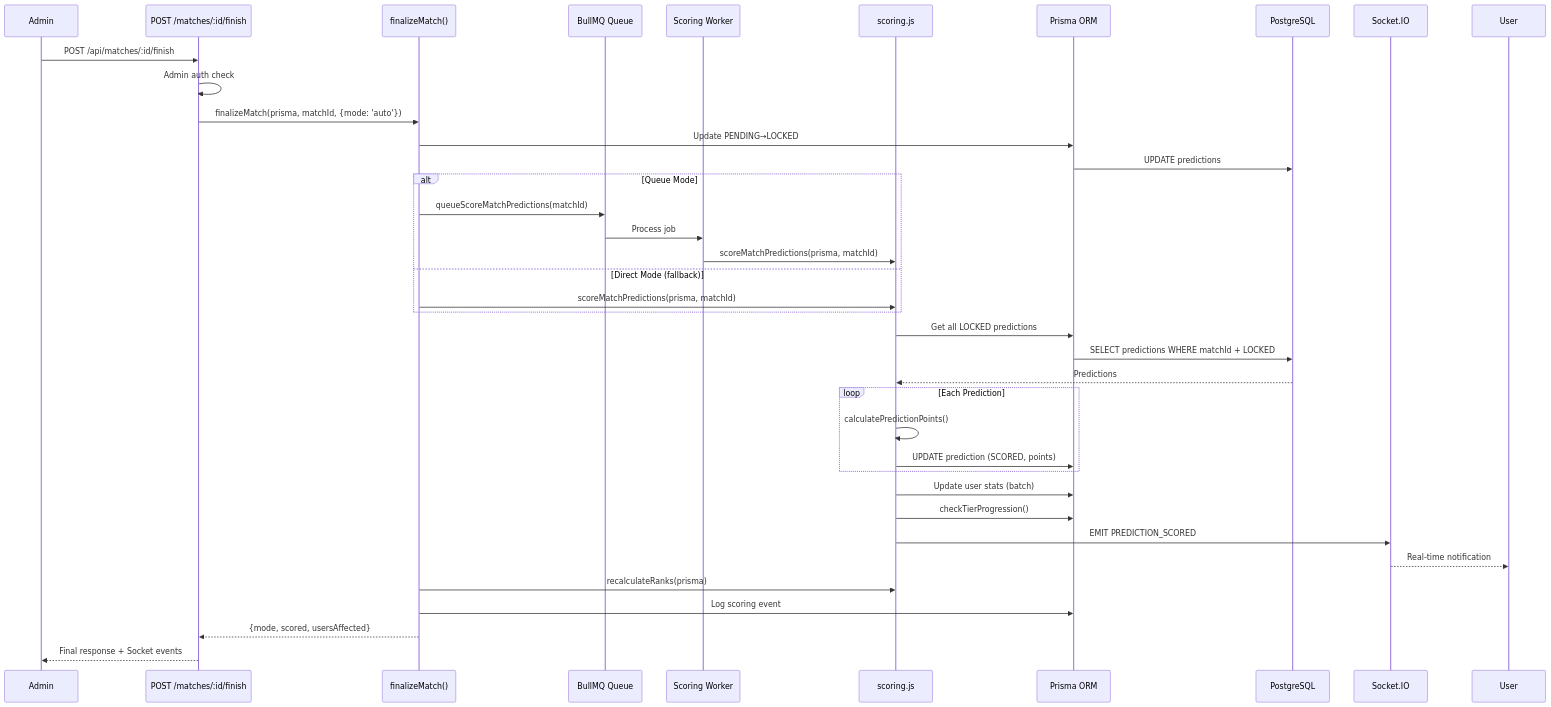
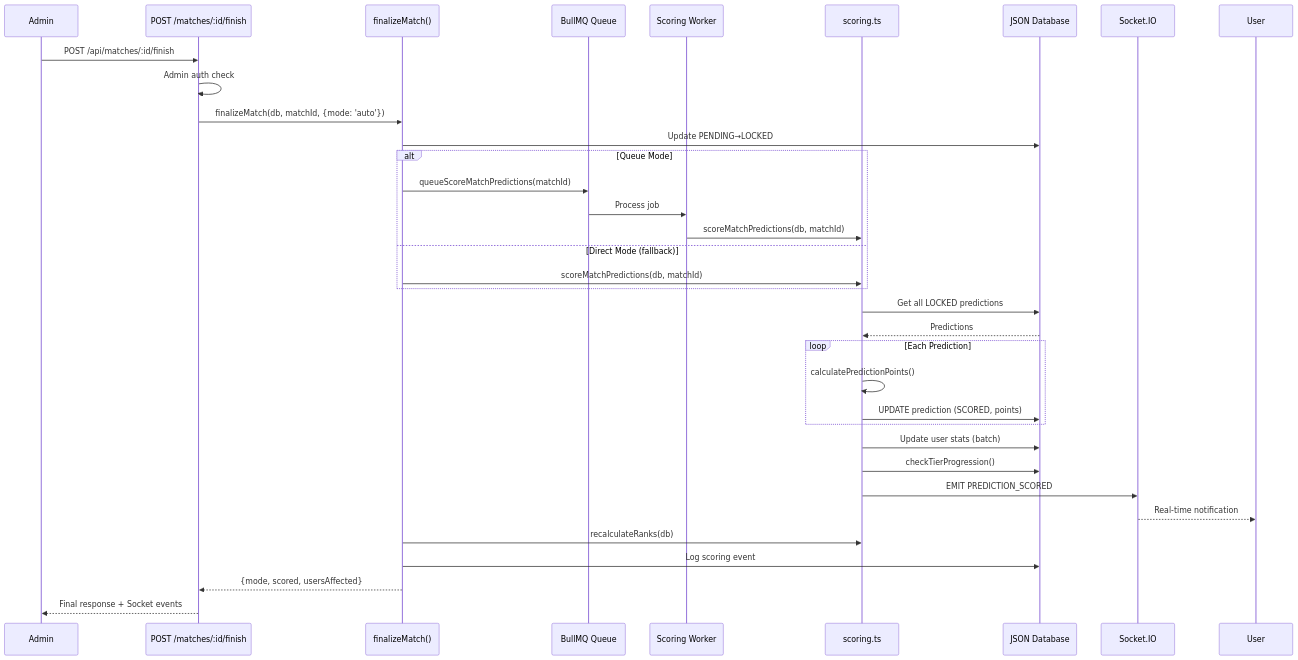
The fifth of 8 diagrams in PROJECT_OVERVIEW.md (themanoj-025/Match-Mind), drawn with Mermaid before and after one commit. The commit also changed other lines of this file and 52 other files, not shown here.

````diff
--- a/PROJECT_OVERVIEW.md
+++ b/PROJECT_OVERVIEW.md
@@ -974,48 +973,45 @@
 ```mermaid
 sequenceDiagram
     participant Admin as Admin
     participant MatchRoute as POST /matches/:id/finish
     participant Workflow as finalizeMatch()
     participant Queue as BullMQ Queue
     participant Worker as Scoring Worker
-    participant Scoring as scoring.js
-    participant Prisma as Prisma ORM
-    participant DB as PostgreSQL
+    participant Scoring as scoring.ts
+    participant DB as JSON Database
     participant Socket as Socket.IO
 
     Admin->>MatchRoute: POST /api/matches/:id/finish
     MatchRoute->>MatchRoute: Admin auth check
-    MatchRoute->>Workflow: finalizeMatch(prisma, matchId, {mode: 'auto'})
+    MatchRoute->>Workflow: finalizeMatch(db, matchId, {mode: 'auto'})
     
-    Workflow->>Prisma: Update PENDING→LOCKED
-    Prisma->>DB: UPDATE predictions
+    Workflow->>DB: Update PENDING→LOCKED
     
     alt Queue Mode
         Workflow->>Queue: queueScoreMatchPredictions(matchId)
         Queue->>Worker: Process job
-        Worker->>Scoring: scoreMatchPredictions(prisma, matchId)
+        Worker->>Scoring: scoreMatchPredictions(db, matchId)
     else Direct Mode (fallback)
-        Workflow->>Scoring: scoreMatchPredictions(prisma, matchId)
+        Workflow->>Scoring: scoreMatchPredictions(db, matchId)
     end
     
-    Scoring->>Prisma: Get all LOCKED predictions
-    Prisma->>DB: SELECT predictions WHERE matchId + LOCKED
+    Scoring->>DB: Get all LOCKED predictions
     DB-->>Scoring: Predictions
     
     loop Each Prediction
         Scoring->>Scoring: calculatePredictionPoints()
-        Scoring->>Prisma: UPDATE prediction (SCORED, points)
+        Scoring->>DB: UPDATE prediction (SCORED, points)
     end
     
-    Scoring->>Prisma: Update user stats (batch)
-    Scoring->>Prisma: checkTierProgression()
+    Scoring->>DB: Update user stats (batch)
+    Scoring->>DB: checkTierProgression()
     
     Scoring->>Socket: EMIT PREDICTION_SCORED
     Socket-->>User: Real-time notification
     
-    Workflow->>Scoring: recalculateRanks(prisma)
-    Workflow->>Prisma: Log scoring event
+    Workflow->>Scoring: recalculateRanks(db)
+    Workflow->>DB: Log scoring event
     
     Workflow-->>MatchRoute: {mode, scored, usersAffected}
     MatchRoute-->>Admin: Final response + Socket events
 ```
````
